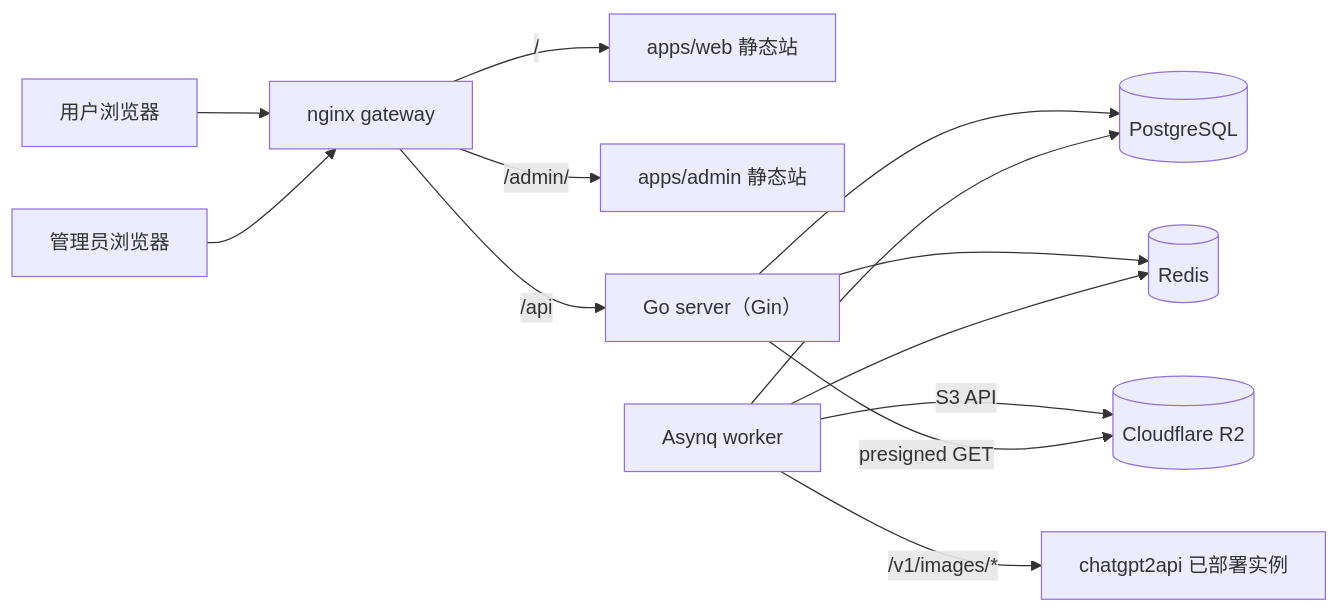
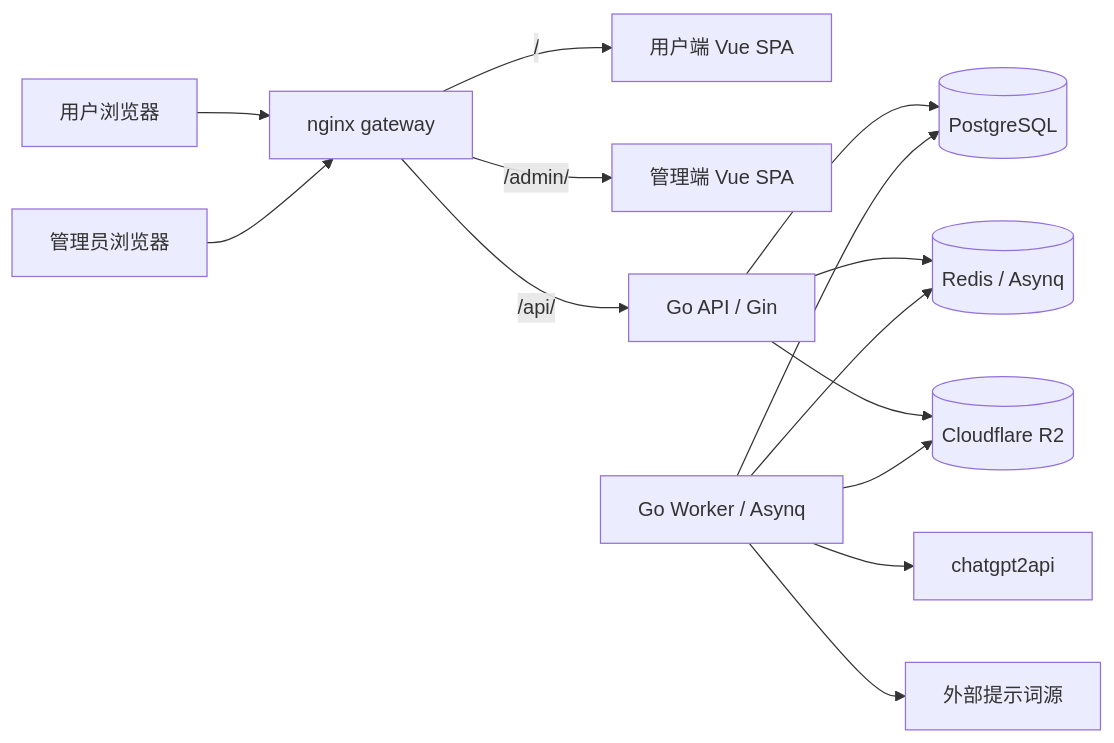
Before and after one commit to BlankLife886/startcloudsai: the first of 2 diagrams in docs/ARCHITECTURE.md, drawn with Mermaid. The commit also changed other lines of this file and 138 other files, not shown here.

````diff
--- a/docs/ARCHITECTURE.md
+++ b/docs/ARCHITECTURE.md
@@ -5,15 +7,16 @@
 ```mermaid
 flowchart LR
-  User[用户浏览器] --> GW[nginx gateway]
-  Admin[管理员浏览器] --> GW
-  GW -->|/| Web[apps/web 静态站]
-  GW -->|/admin/| AdminApp[apps/admin 静态站]
-  GW -->|/api| Server[Go server（Gin）]
-  Server --> PG[(PostgreSQL)]
-  Server --> RD[(Redis)]
-  Worker[Asynq worker] --> RD
-  Worker --> PG
-  Worker -->|/v1/images/*| C2A[chatgpt2api 已部署实例]
-  Worker -->|S3 API| R2[(Cloudflare R2)]
-  Server -->|presigned GET| R2
+  U[用户浏览器] --> G[nginx gateway]
+  A[管理员浏览器] --> G
+  G -->|/| W[用户端 Vue SPA]
+  G -->|/admin/| M[管理端 Vue SPA]
+  G -->|/api/| S[Go API / Gin]
+  S --> P[(PostgreSQL)]
+  S --> R[(Redis / Asynq)]
+  S --> O[(Cloudflare R2)]
+  K[Go Worker / Asynq] --> P
+  K --> R
+  K --> C[chatgpt2api]
+  K --> O
+  K --> X[外部提示词源]
 ```
````
